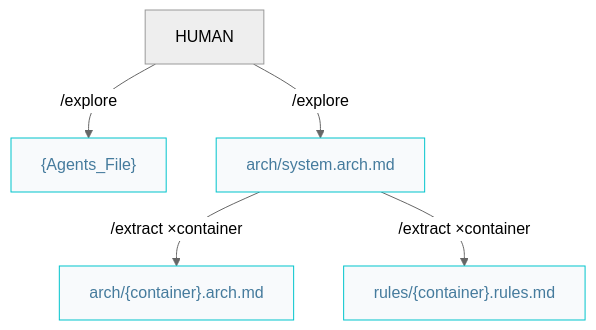
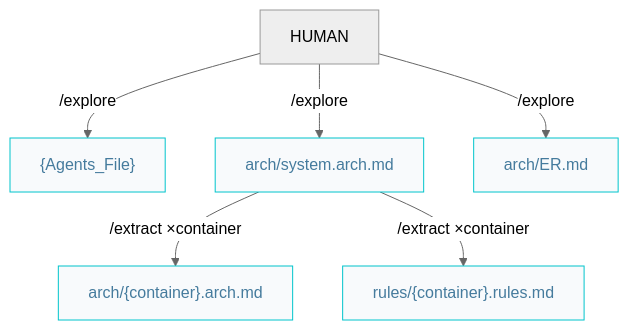
One commit to AIDDbot/AIDDbot changed the diagram in docs/architect.pipelines.md. Above: the diagram before and after it, drawn with Mermaid (neutral theme). The commit also changed other lines of this file and 13 other files, not shown here.

First line of the commit message:
docs: update Explore skill documentation to include ER diagram and refine templates

````diff
--- a/docs/architect.pipelines.md
+++ b/docs/architect.pipelines.md
@@ -7,15 +7,17 @@
 ```mermaid
 flowchart TD  
   HUM[HUMAN]
   AGT["{Agents_File}"]:::nd
   ARC["arch/system.arch.md"]:::nd
+  ERD["arch/ER.md"]:::nd
   CAR["arch/{container}.arch.md"]:::nd
   RUL["rules/{container}.rules.md"]:::nd
 
   HUM -->|/explore| AGT
   HUM -->|/explore| ARC
+  HUM -->|/explore| ERD
   ARC -->|/extract ×container| CAR
   ARC -->|/extract ×container| RUL
 
   classDef nd fill:#f8fafc,stroke:#00c4cc,color:#457b9d
 ```
````
